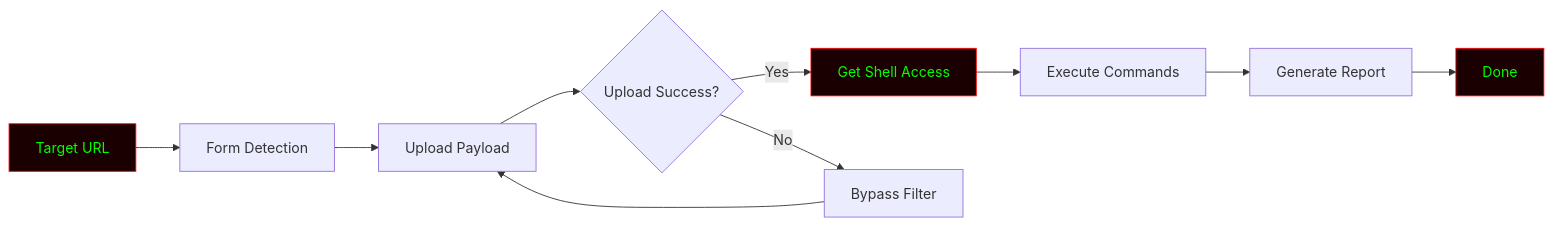
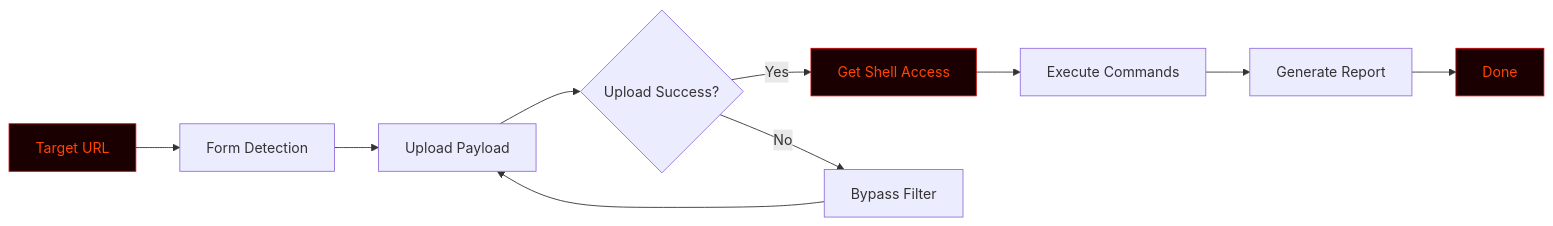
Before and after one commit to anonmoty/PHP2SHELL: the diagram in README.md, drawn with Mermaid. The commit also changed other lines of this file, not shown here.

````diff
--- a/README.md
+++ b/README.md
@@ -142,16 +117,16 @@
 ```mermaid
 graph LR
     A[Target URL] --> B[Form Detection]
     B --> C[Upload Payload]
     C --> D{Upload Success?}
     D -->|Yes| E[Get Shell Access]
     D -->|No| F[Bypass Filter]
     F --> C
     E --> G[Execute Commands]
     G --> H[Generate Report]
     H --> I[Done]
 
-    style A fill:#1a0000,stroke:#FF0000,color:#00FF00
-    style E fill:#1a0000,stroke:#FF0000,color:#00FF00
-    style I fill:#1a0000,stroke:#FF0000,color:#00FF00
+    style A fill:#1a0000,stroke:#CC0000,color:#FF4500
+    style E fill:#1a0000,stroke:#CC0000,color:#FF4500
+    style I fill:#1a0000,stroke:#CC0000,color:#FF4500
 ```
````
